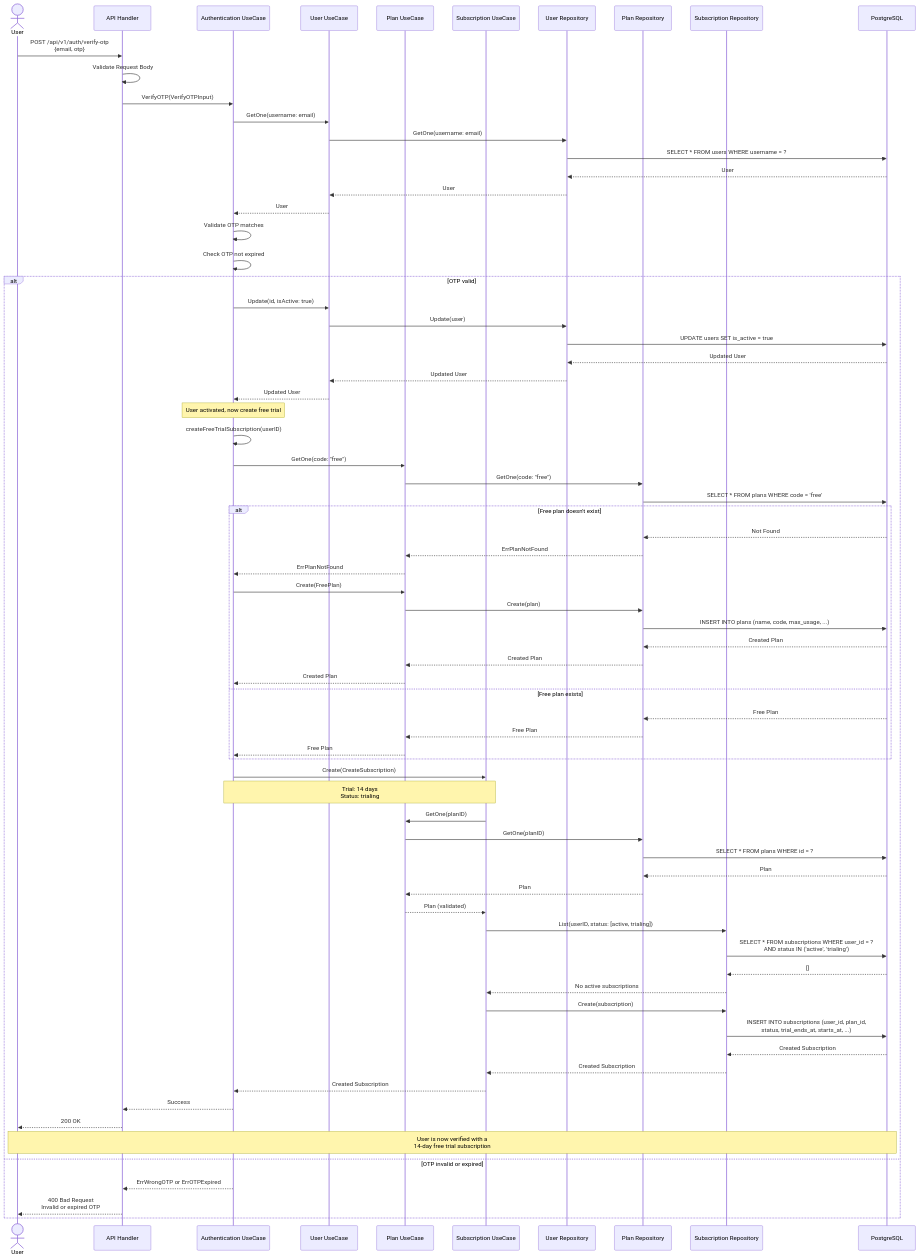
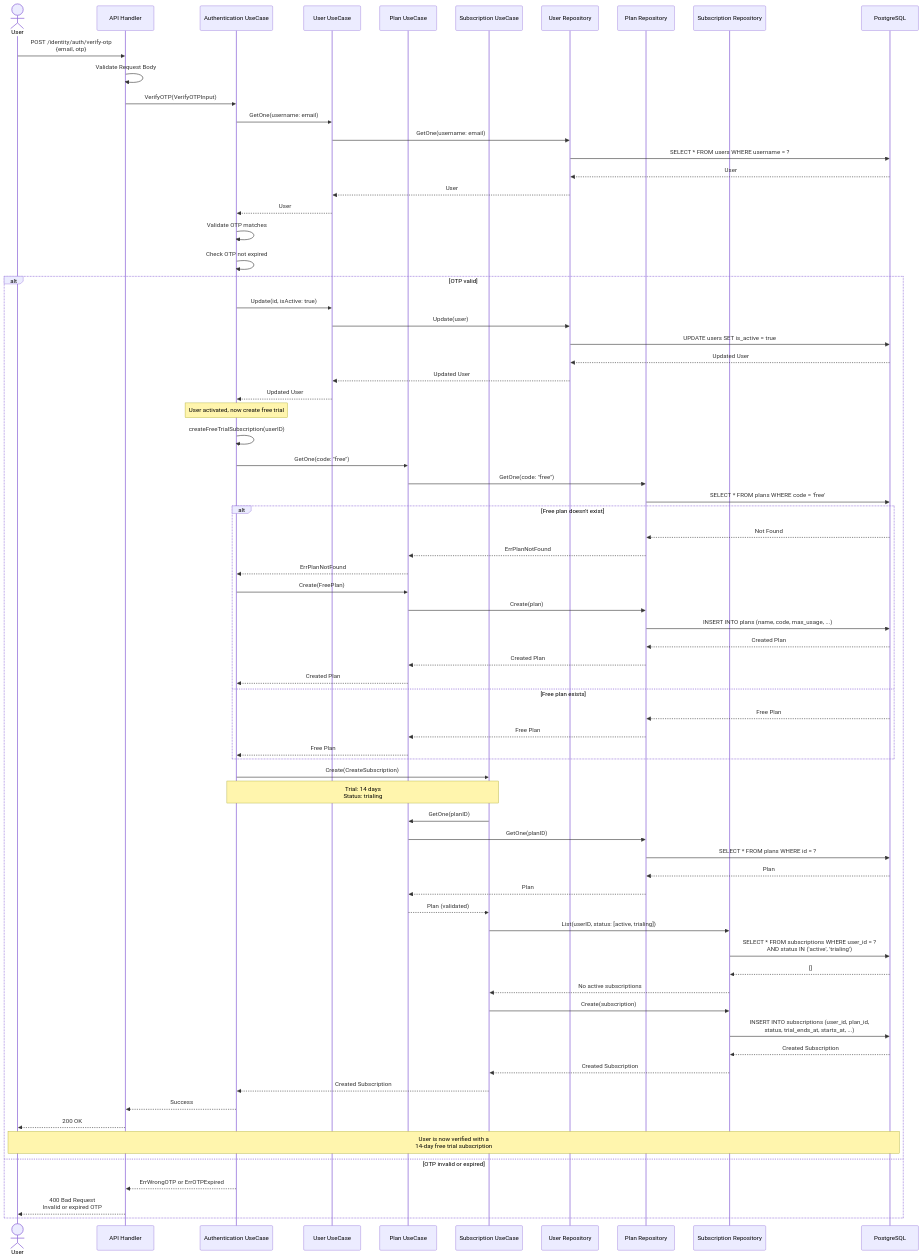
The third of 12 diagrams in identity/document/api_01_sequence_diagrams.md (smap-hcmut/identity-srv), drawn with Mermaid before and after one commit. The commit also changed other lines of this file and 37 other files, not shown here.

Commit message:
feat(identity): refactor API endpoints to use /identity base path; update documentation and handlers for authentication, plans, and subscriptions; implement role-based access control with user roles and password management features

```diff
--- a/identity/document/api_01_sequence_diagrams.md
+++ b/identity/document/api_01_sequence_diagrams.md
@@ -148,7 +148,7 @@
     participant SubRepo as Subscription Repository
     participant DB as PostgreSQL
 
-    User->>API: POST /api/v1/auth/verify-otp<br/>{email, otp}
+    User->>API: POST /identity/auth/verify-otp<br/>{email, otp}
     API->>API: Validate Request Body
     API->>AuthUC: VerifyOTP(VerifyOTPInput)
     
```
